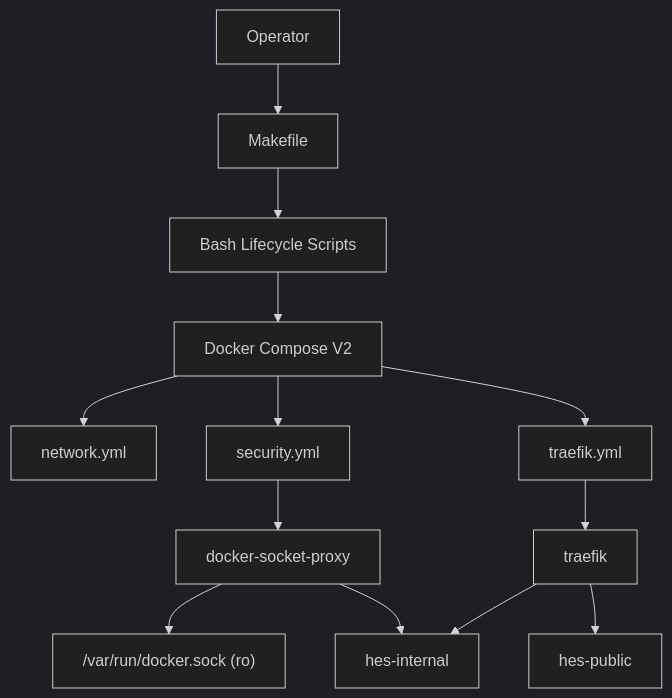
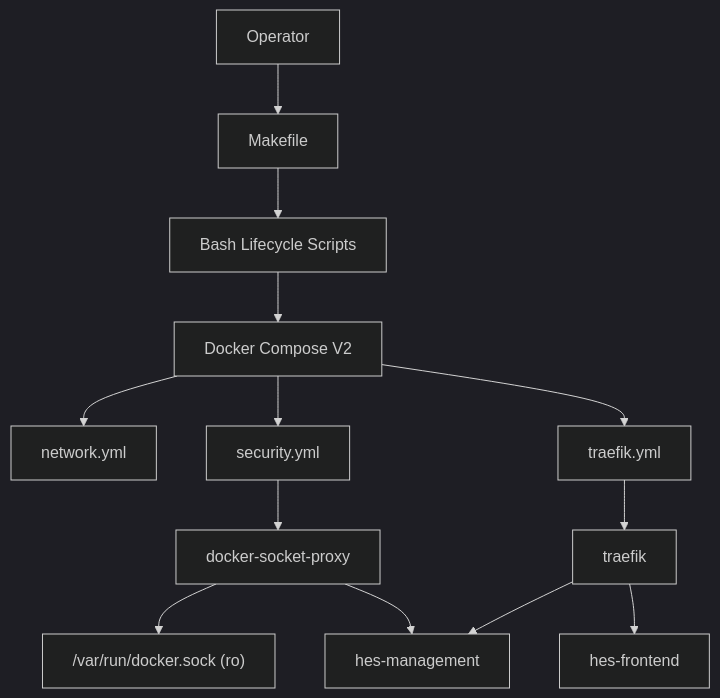
The second of 5 diagrams in ARCHITECTURE.md (salemhamidani/Hermes-Enterprise), drawn with Mermaid (dark theme) before and after one commit. The commit also changed other lines of this file and 40 other files, not shown here.

````diff
--- a/ARCHITECTURE.md
+++ b/ARCHITECTURE.md
@@ -59,18 +60,18 @@
 ```mermaid
 flowchart TD
   Operator["Operator"] --> Make["Makefile"]
   Make --> Scripts["Bash Lifecycle Scripts"]
   Scripts --> Compose["Docker Compose V2"]
 
   Compose --> Network["network.yml"]
   Compose --> Security["security.yml"]
   Compose --> Ingress["traefik.yml"]
 
   Security --> SocketProxy["docker-socket-proxy"]
   Ingress --> Traefik["traefik"]
 
-  Traefik --> PublicNet["hes-public"]
-  Traefik --> InternalNet["hes-internal"]
-  SocketProxy --> InternalNet
+  Traefik --> FrontendNet["hes-frontend"]
+  Traefik --> ManagementNet["hes-management"]
+  SocketProxy --> ManagementNet
   SocketProxy --> DockerSock["/var/run/docker.sock (ro)"]
 ```
````
